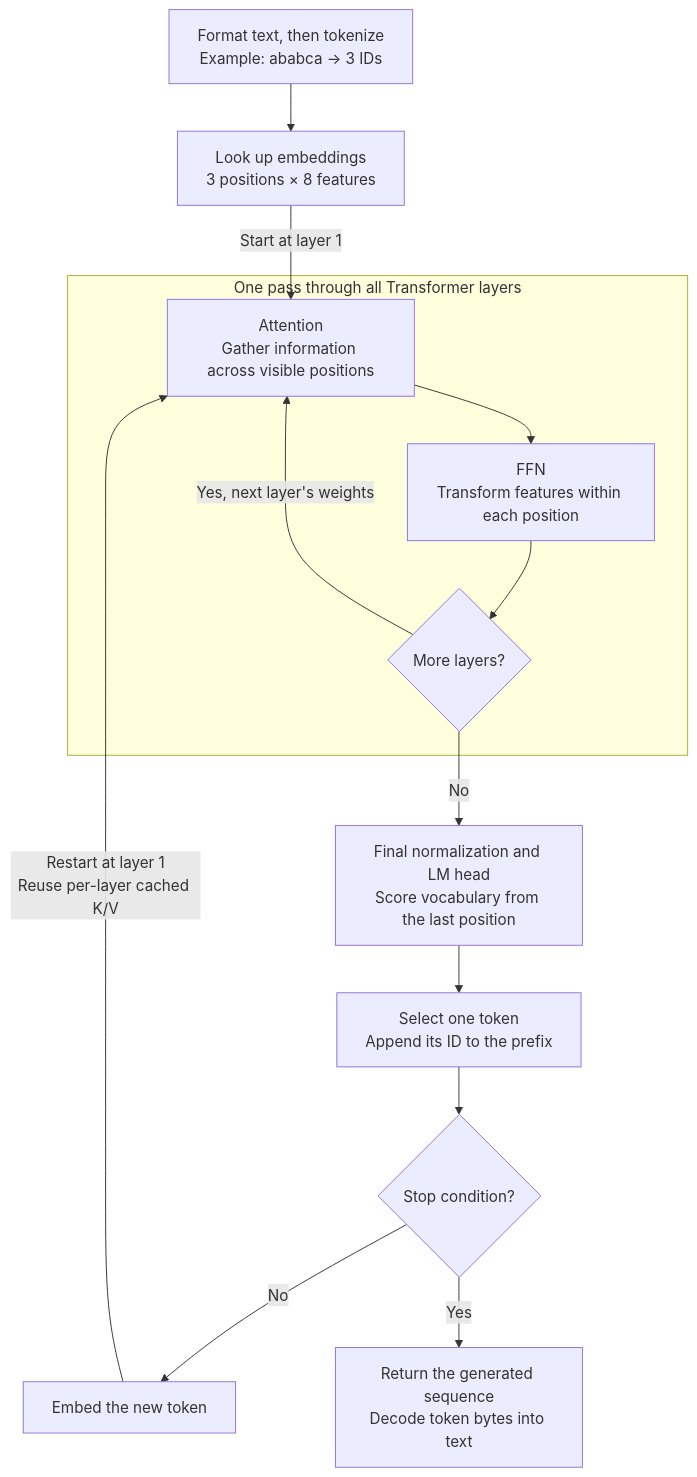
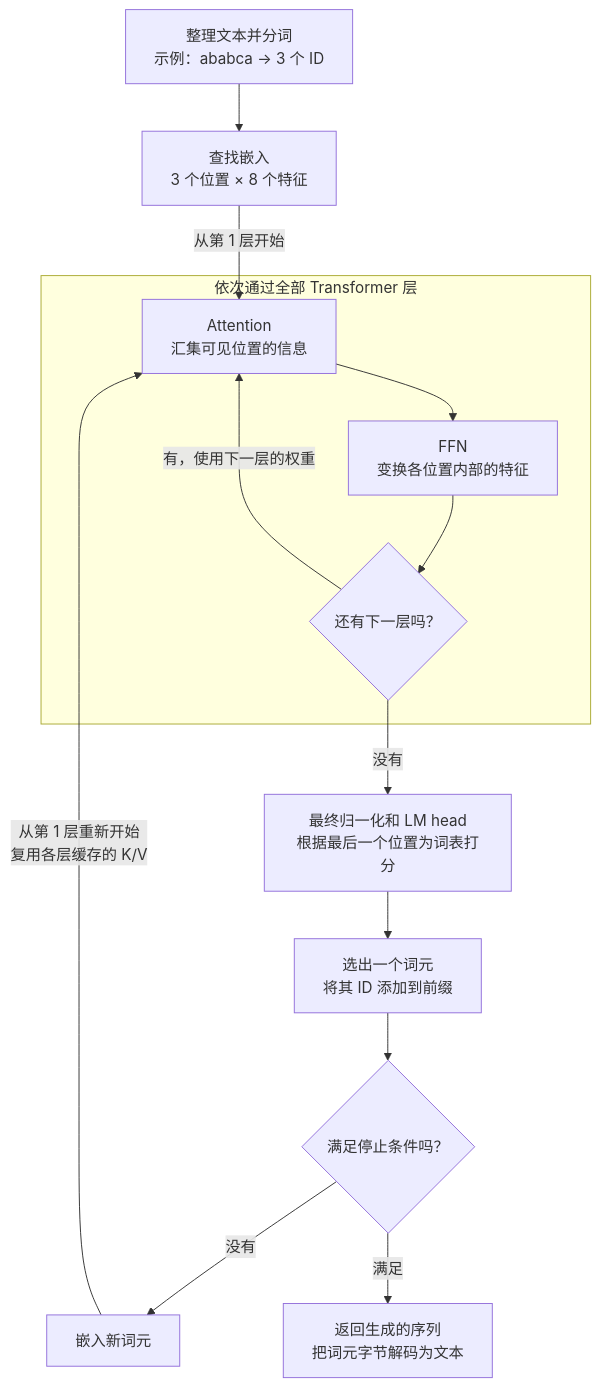
The second of 7 diagrams in review/generated/ai-engineering.md (Negronii/MyNotes), drawn with Mermaid before and after one commit. The commit also changed other lines of this file and 7 other files, not shown here.

```diff
--- a/review/generated/ai-engineering.md
+++ b/review/generated/ai-engineering.md
@@ -181,16 +181,16 @@
 ~~~mermaid
 flowchart TD
-    Text["Format text, then tokenize<br/>Example: ababca → 3 IDs"] --> E["Look up embeddings<br/>3 positions × 8 features"]
-    subgraph Pass["One pass through all Transformer layers"]
-        A["Attention<br/>Gather information across visible positions"] --> F["FFN<br/>Transform features within each position"]
-        F --> More{"More layers?"}
-        More -->|Yes, next layer's weights| A
+    Text["整理文本并分词<br/>示例：ababca → 3 个 ID"] --> E["查找嵌入<br/>3 个位置 × 8 个特征"]
+    subgraph Pass["依次通过全部 Transformer 层"]
+        A["Attention<br/>汇集可见位置的信息"] --> F["FFN<br/>变换各位置内部的特征"]
+        F --> More{"还有下一层吗？"}
+        More -->|有，使用下一层的权重| A
     end
-    E -->|Start at layer 1| A
-    More -->|No| L["Final normalization and LM head<br/>Score vocabulary from the last position"]
-    L --> D["Select one token<br/>Append its ID to the prefix"]
-    D --> Stop{"Stop condition?"}
-    Stop -->|No| Next["Embed the new token"]
-    Next -->|Restart at layer 1<br/>Reuse per-layer cached K/V| A
-    Stop -->|Yes| Out["Return the generated sequence<br/>Decode token bytes into text"]
+    E -->|从第 1 层开始| A
+    More -->|没有| L["最终归一化和 LM head<br/>根据最后一个位置为词表打分"]
+    L --> D["选出一个词元<br/>将其 ID 添加到前缀"]
+    D --> Stop{"满足停止条件吗？"}
+    Stop -->|没有| Next["嵌入新词元"]
+    Next -->|从第 1 层重新开始<br/>复用各层缓存的 K/V| A
+    Stop -->|满足| Out["返回生成的序列<br/>把词元字节解码为文本"]
 ~~~
```
